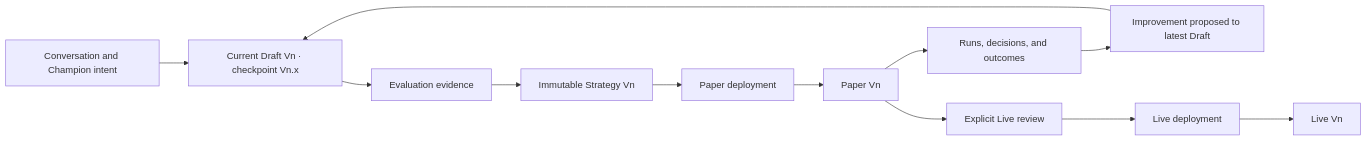
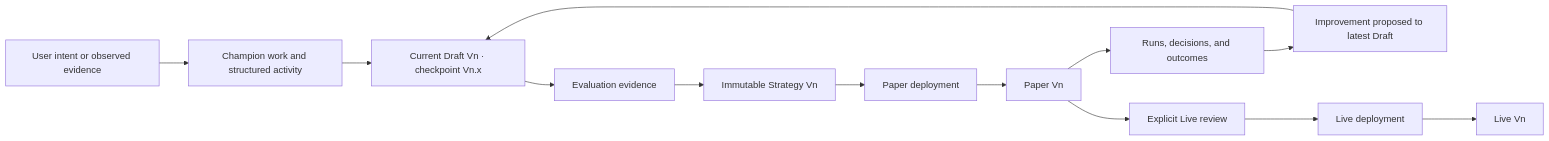
Before and after one commit to moosefroggo/vantheon-architecture: the diagram in README.md, drawn with Mermaid. The commit also changed other lines of this file and 10 other files, not shown here.

Commit message:
Center product work beyond conversation

````diff
--- a/README.md
+++ b/README.md
@@ -24,14 +24,15 @@
 ```mermaid
 flowchart LR
-    A["Conversation and Champion intent"] --> B["Current Draft Vn · checkpoint Vn.x"]
+    A["User intent or observed evidence"] --> CW["Champion work and structured activity"]
+    CW --> B["Current Draft Vn · checkpoint Vn.x"]
     B --> C["Evaluation evidence"]
     C --> D["Immutable Strategy Vn"]
     D --> PD["Paper deployment"]
     PD --> E["Paper Vn"]
     E --> F["Runs, decisions, and outcomes"]
     F --> G["Improvement proposed to latest Draft"]
     G --> B
     E --> H["Explicit Live review"]
     H --> LD["Live deployment"]
     LD --> I["Live Vn"]
 ```
````
